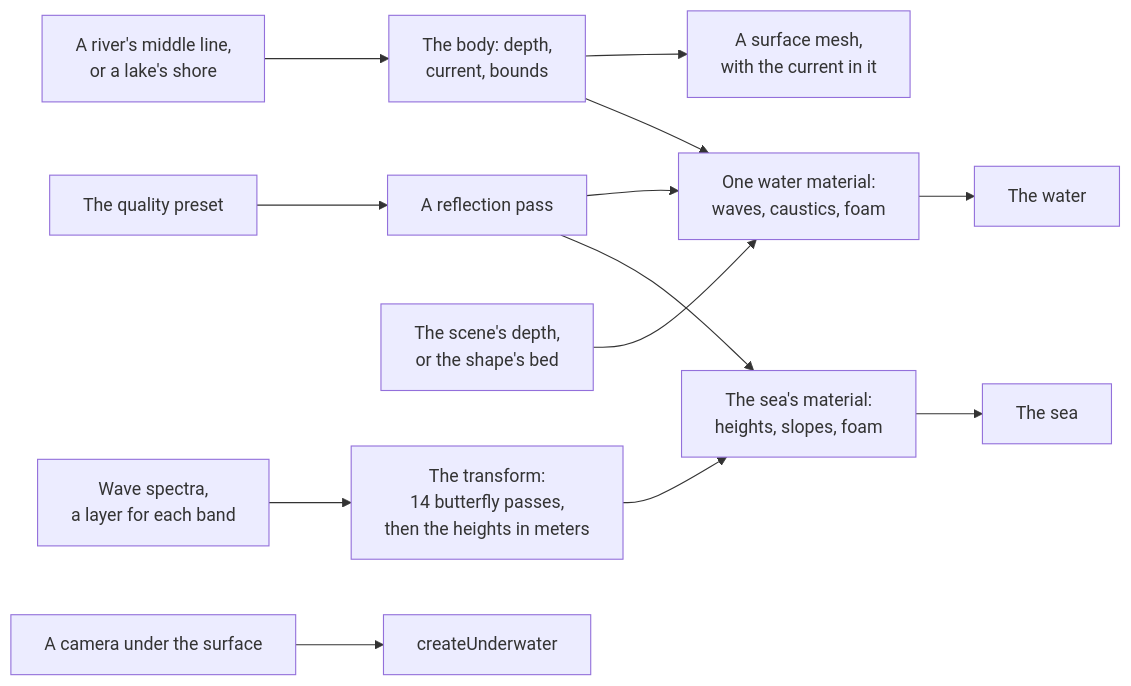
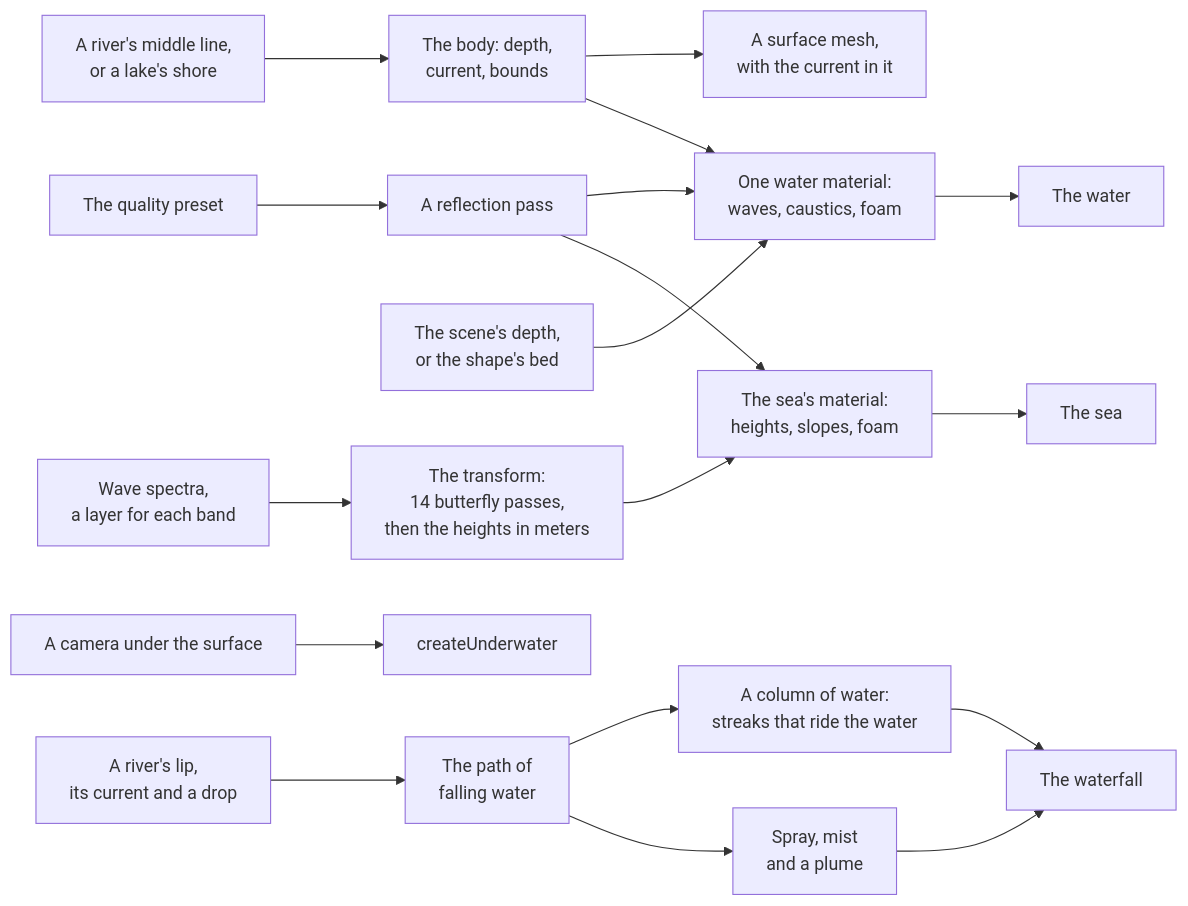
The diagram in docs/api/water.md (null3d-engine/null3d), drawn with Mermaid before and after one commit. The commit also changed other lines of this file and 236 other files, not shown here.

````diff
--- a/docs/api/water.md
+++ b/docs/api/water.md
@@ -13,15 +13,20 @@
 ```mermaid
 flowchart LR
     shape["A river's middle line,<br/>or a lake's shore"] --> body["The body: depth,<br/>current, bounds"]
     body --> mesh["A surface mesh,<br/>with the current in it"]
     body --> material["One water material:<br/>waves, caustics, foam"]
     mirror["A reflection pass"] --> material
     bed["The scene's depth,<br/>or the shape's bed"] --> material
     material --> screen["The water"]
     spectrum["Wave spectra,<br/>a layer for each band"] --> chain["The transform:<br/>14 butterfly passes,<br/>then the heights in meters"]
     chain --> sea["The sea's material:<br/>heights, slopes, foam"]
     mirror --> sea
     sea --> ocean["The sea"]
     preset["The quality preset"] --> mirror
     camera["A camera under the surface"] --> under["createUnderwater"]
+    lip["A river's lip,<br/>its current and a drop"] --> path["The path of<br/>falling water"]
+    path --> sheet["A column of water:<br/>streaks that ride the water"]
+    path --> spray["Spray, mist<br/>and a plume"]
+    sheet --> fall["The waterfall"]
+    spray --> fall
 ```
````
